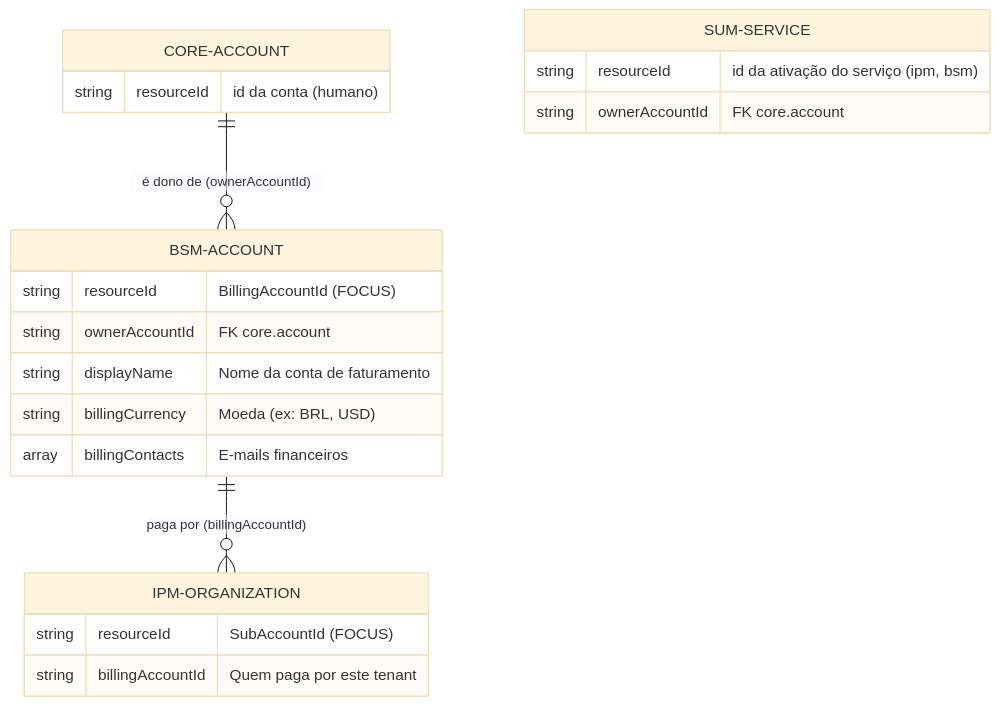
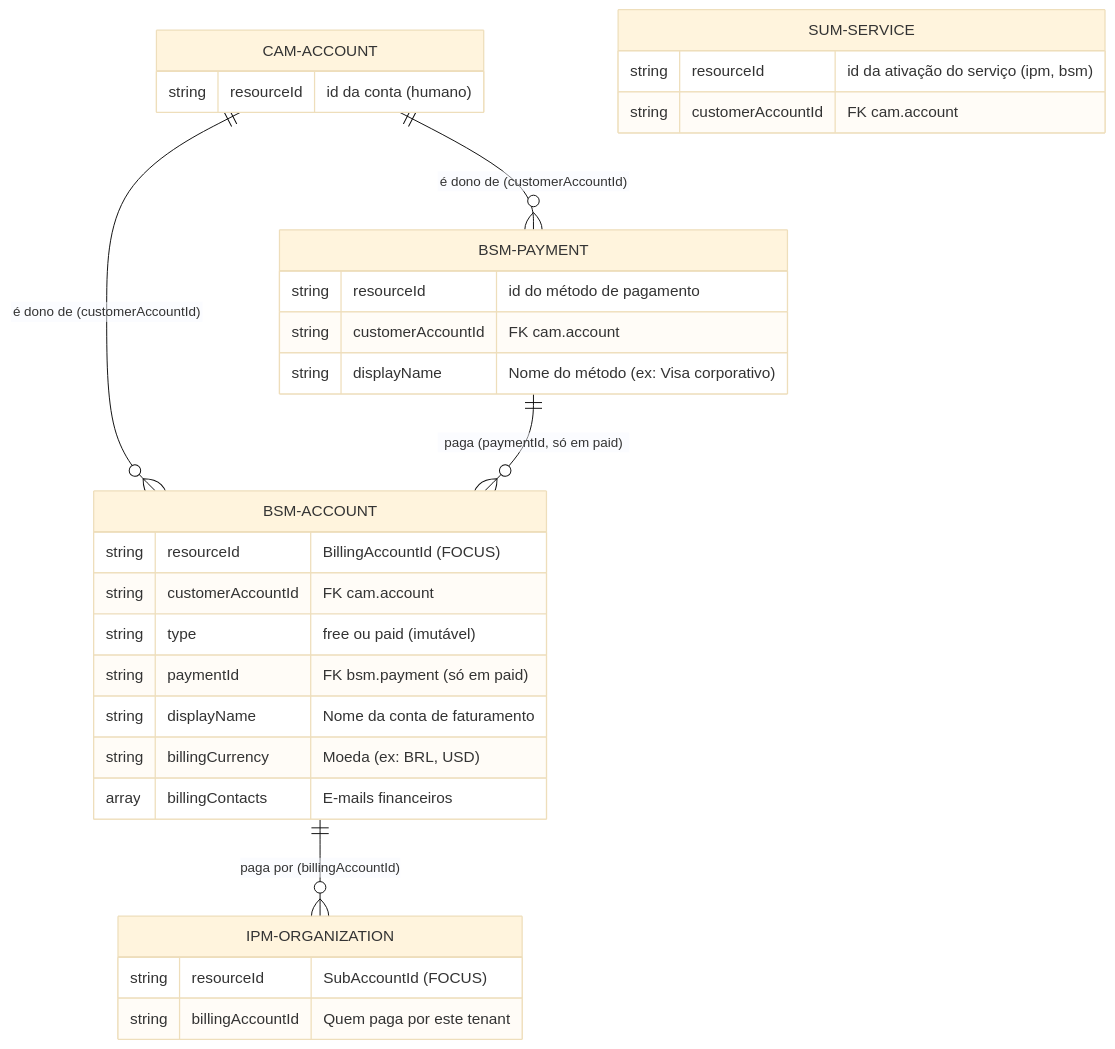
The first of 2 diagrams in docs/billing/BILLING.md (danielsabatini/smarkee), drawn with Mermaid (base theme) before and after one commit. The commit also changed other lines of this file and 44 other files, not shown here.

````diff
--- a/docs/billing/BILLING.md
+++ b/docs/billing/BILLING.md
@@ -31,23 +32,32 @@
 ```mermaid
 erDiagram
-    CORE-ACCOUNT ||--o{ BSM-ACCOUNT : "é dono de (ownerAccountId)"
+    CAM-ACCOUNT ||--o{ BSM-ACCOUNT : "é dono de (customerAccountId)"
+    CAM-ACCOUNT ||--o{ BSM-PAYMENT : "é dono de (customerAccountId)"
+    BSM-PAYMENT ||--o{ BSM-ACCOUNT : "paga (paymentId, só em paid)"
     BSM-ACCOUNT ||--o{ IPM-ORGANIZATION : "paga por (billingAccountId)"
-    CORE-ACCOUNT {
+    CAM-ACCOUNT {
         string resourceId "id da conta (humano)"
     }
     BSM-ACCOUNT {
         string resourceId "BillingAccountId (FOCUS)"
-        string ownerAccountId "FK core.account"
+        string customerAccountId "FK cam.account"
+        string type "free ou paid (imutável)"
+        string paymentId "FK bsm.payment (só em paid)"
         string displayName "Nome da conta de faturamento"
         string billingCurrency "Moeda (ex: BRL, USD)"
         array billingContacts "E-mails financeiros"
+    }
+    BSM-PAYMENT {
+        string resourceId "id do método de pagamento"
+        string customerAccountId "FK cam.account"
+        string displayName "Nome do método (ex: Visa corporativo)"
     }
     IPM-ORGANIZATION {
         string resourceId "SubAccountId (FOCUS)"
         string billingAccountId "Quem paga por este tenant"
     }
     SUM-SERVICE {
         string resourceId "id da ativação do serviço (ipm, bsm)"
-        string ownerAccountId "FK core.account"
+        string customerAccountId "FK cam.account"
     }
 ```
````
